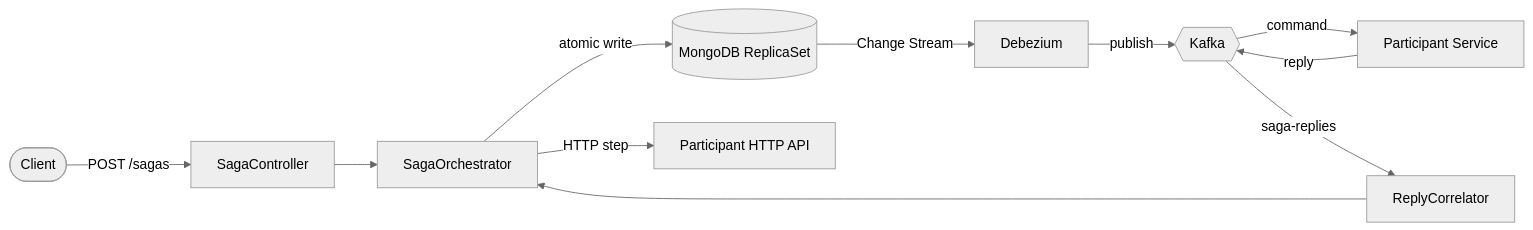
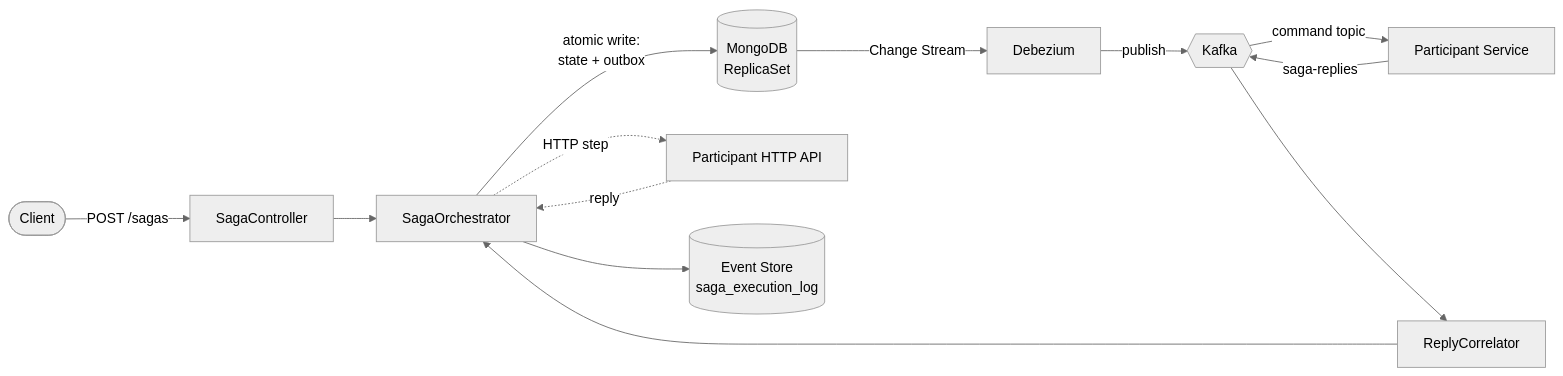
One commit to bharathaanirudh/custom-saga-orchestration-engine changed the first of 3 diagrams in README.md. Above: the diagram before and after it, drawn with Mermaid (neutral theme). The commit also changed other lines of this file, not shown here.

````diff
--- a/README.md
+++ b/README.md
@@ -57,13 +89,15 @@
 ```mermaid
 flowchart LR
     Client([Client]) -->|POST /sagas| API[SagaController]
     API --> ORCH[SagaOrchestrator]
-    ORCH -->|atomic write| MONGO[(MongoDB ReplicaSet)]
+    ORCH -->|atomic write:<br/>state + outbox| MONGO[(MongoDB<br/>ReplicaSet)]
     MONGO -->|Change Stream| DEBEZ[Debezium]
     DEBEZ -->|publish| KAFKA{{Kafka}}
-    KAFKA -->|command| PART[Participant Service]
-    PART -->|reply| KAFKA
-    KAFKA -->|saga-replies| RC[ReplyCorrelator]
+    KAFKA -->|command topic| PART[Participant Service]
+    PART -->|saga-replies| KAFKA
+    KAFKA --> RC[ReplyCorrelator]
     RC --> ORCH
-    ORCH -->|HTTP step| HTTP[Participant HTTP API]
+    ORCH -.HTTP step.-> HTTPPART[Participant HTTP API]
+    HTTPPART -.reply.-> ORCH
+    ORCH --> ES[(Event Store<br/>saga_execution_log)]
 ```
````
